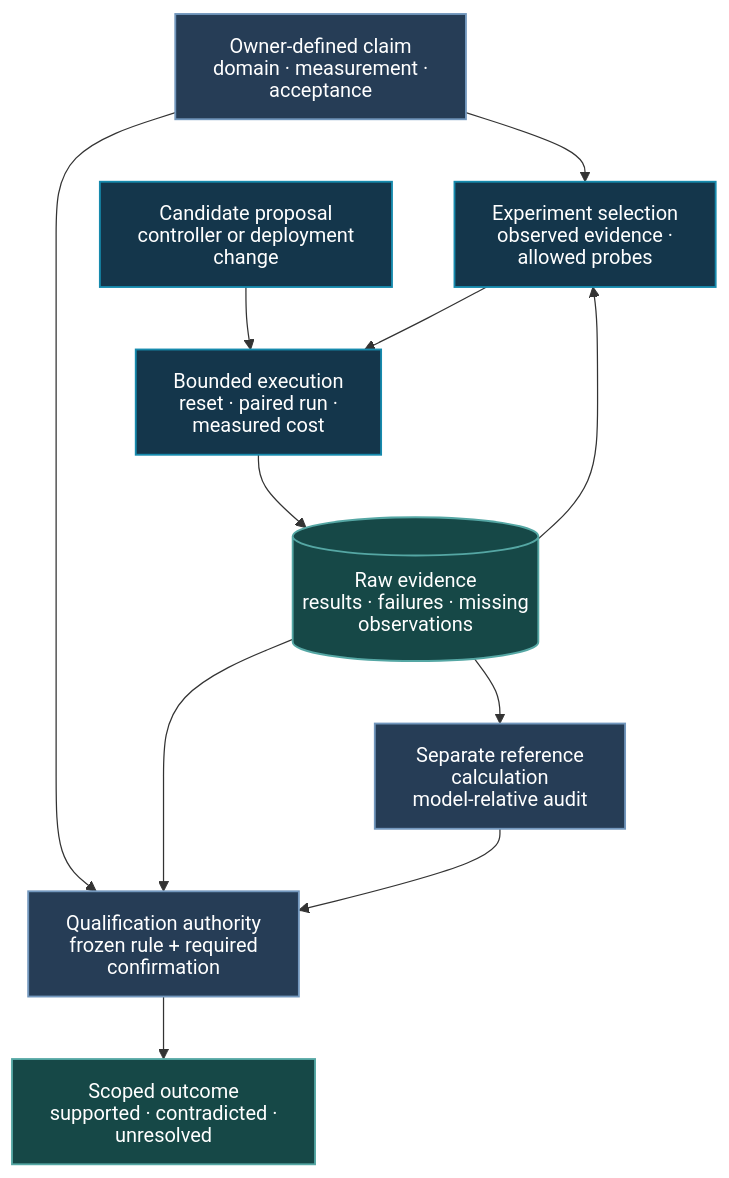
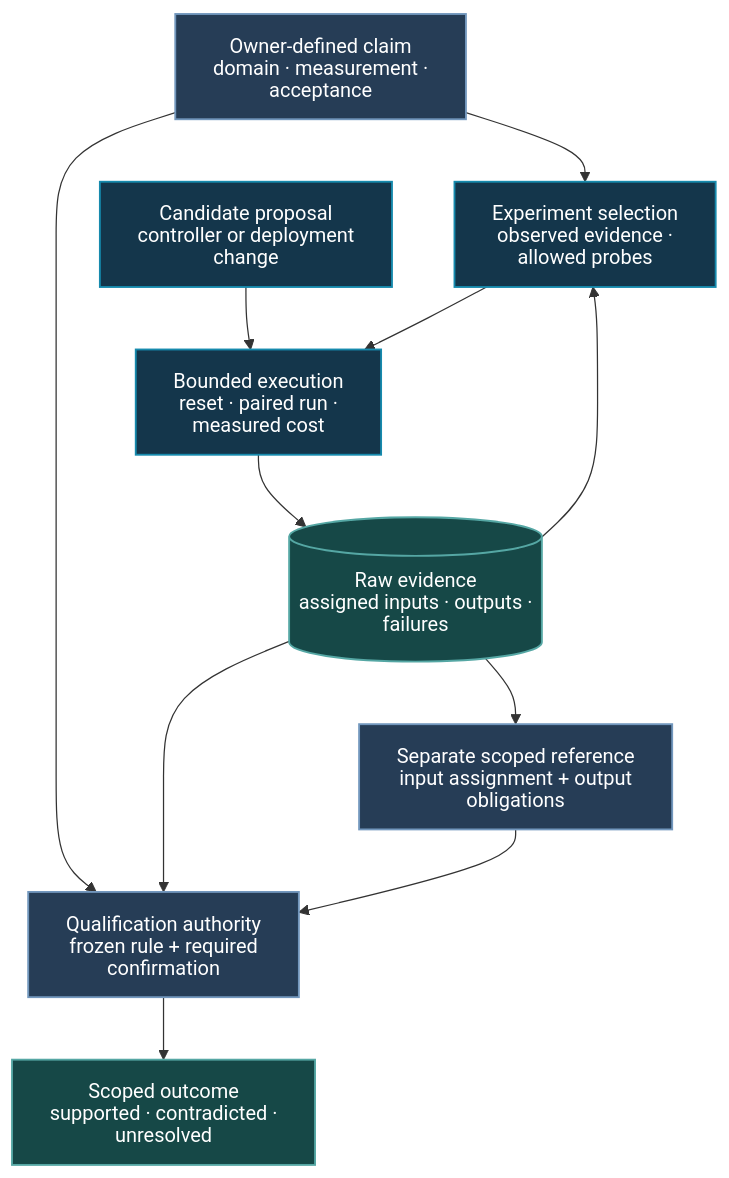
One commit to manfromnowhere143/nisayon changed the first of 2 diagrams in docs/EDPI_RESEARCH.md. Above: the diagram before and after it, drawn with Mermaid. The commit also changed other lines of this file and 123 other files, not shown here.

First line of the commit message:
Publish Phase II mechanisms and assigned-input evidence

````diff
--- a/docs/EDPI_RESEARCH.md
+++ b/docs/EDPI_RESEARCH.md
@@ -31,27 +49,27 @@
 ```mermaid
 %%{init: {"htmlLabels": false}}%%
 flowchart TB
     accTitle: Experimental choice and qualification authority
-    accDescr: An owner freezes the claim, measurement and acceptance rule. The research selector receives allowed experiments and observed evidence, while an executor produces raw records. A separate reference calculation audits results. Qualification requires the frozen rule and mandatory confirmation. Candidate generation and experiment choice have no write access to the acceptance rule in this logical design; the current finite process boundary is narrower than a general security guarantee.
+    accDescr: An owner freezes the claim, measurement and acceptance rule. The research selector receives allowed experiments and observed evidence, while an executor produces raw records. A separate scoped reference checks assigned inputs and output obligations; this does not attest execution authenticity. Qualification requires the frozen rule and mandatory confirmation. Candidate generation and experiment choice have no write access to the acceptance rule in this logical design; the current finite process boundary is narrower than a general security guarantee.
     O["Owner-defined claim<br/>domain · measurement · acceptance"]:::authority
     C["Candidate proposal<br/>controller or deployment change"]:::work
     S["Experiment selection<br/>observed evidence · allowed probes"]:::work
     X["Bounded execution<br/>reset · paired run · measured cost"]:::work
-    E[("Raw evidence<br/>results · failures · missing observations")]:::evidence
-    R["Separate reference calculation<br/>model-relative audit"]:::authority
+    E[("Raw evidence<br/>assigned inputs · outputs · failures")]:::evidence
+    R["Separate scoped reference<br/>input assignment + output obligations"]:::authority
     Q["Qualification authority<br/>frozen rule + required confirmation"]:::authority
     D["Scoped outcome<br/>supported · contradicted · unresolved"]:::evidence
     O --> S
     O --> Q
     C --> X
     S --> X
     X --> E
     E --> S
     E --> R
     E --> Q
     R --> Q
     Q --> D
     classDef authority fill:#263d56,stroke:#7297bd,color:#ffffff,stroke-width:1.5px
     classDef work fill:#14364b,stroke:#168aad,color:#ffffff,stroke-width:1.5px
     classDef evidence fill:#164847,stroke:#55a7a4,color:#ffffff,stroke-width:1.5px
 ```
````
